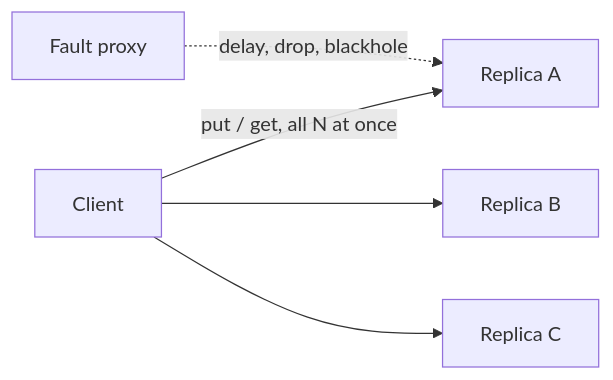
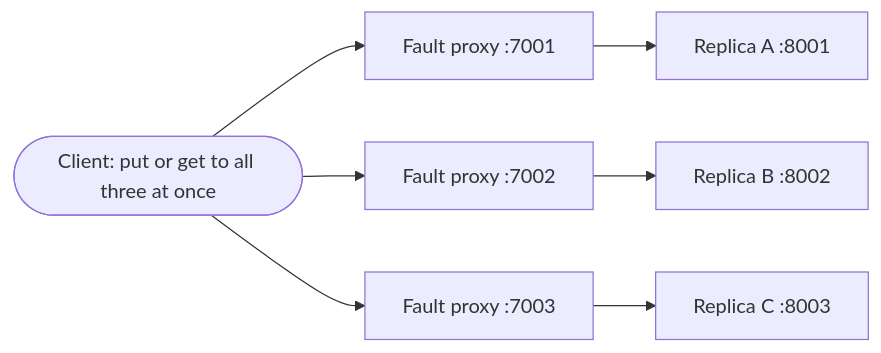
The second of 2 diagrams in src/content/docs/hld/phase-4/H4-2-quorums.mdx (t3ns0r-ss/self-engine), drawn with Mermaid before and after one commit. The commit also changed other lines of this file and 5 other files, not shown here.

First line of the commit message:
diagrams: render Mermaid as SVG images with a readable theme and dark mode; redraw the H4.2 diagrams; DL1 and DH1 approved

````diff
--- a/src/content/docs/hld/phase-4/H4-2-quorums.mdx
+++ b/src/content/docs/hld/phase-4/H4-2-quorums.mdx
@@ -209,7 +211,7 @@
 ```mermaid
 flowchart LR
-  Cl[Client] -->|put / get, all N at once| A[Replica A]
-  Cl --> B[Replica B]
-  Cl --> C[Replica C]
-  FP[Fault proxy] -.->|delay, drop, blackhole| A
+  Cl(["Client: put or get to all three at once"])
+  Cl --> PA["Fault proxy :7001"] --> A["Replica A :8001"]
+  Cl --> PB["Fault proxy :7002"] --> B["Replica B :8002"]
+  Cl --> PC["Fault proxy :7003"] --> C["Replica C :8003"]
 ```
````
